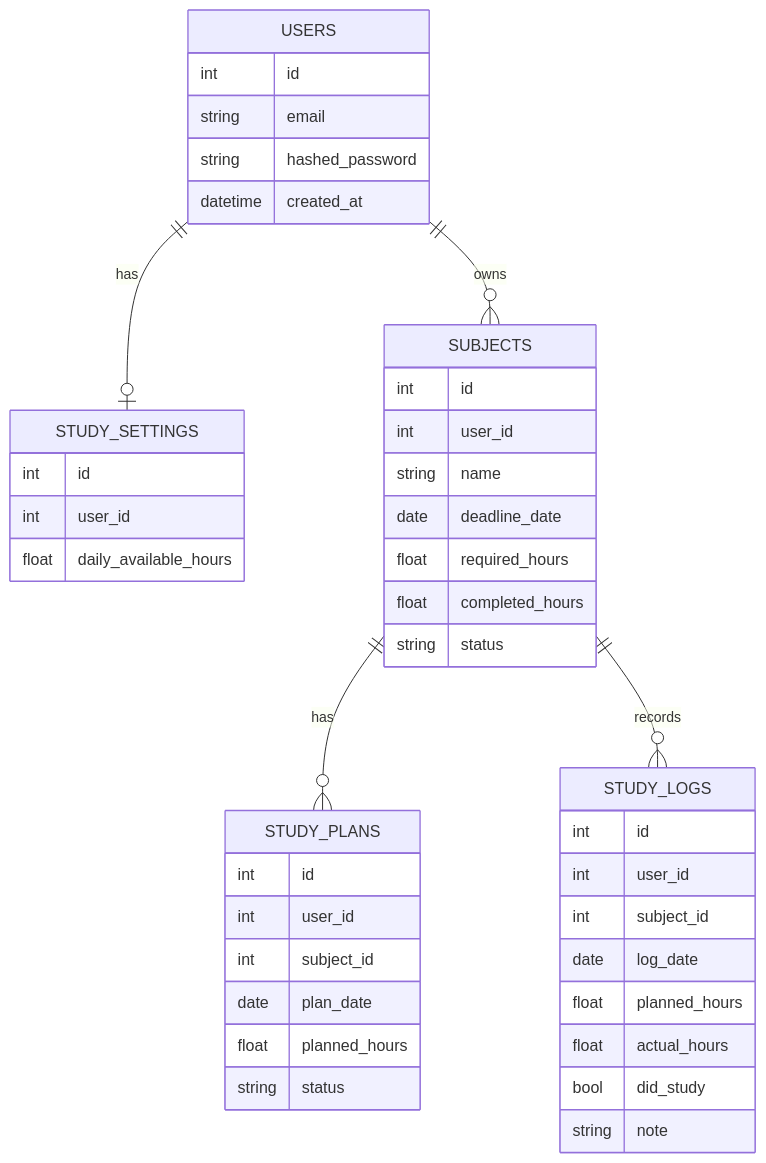
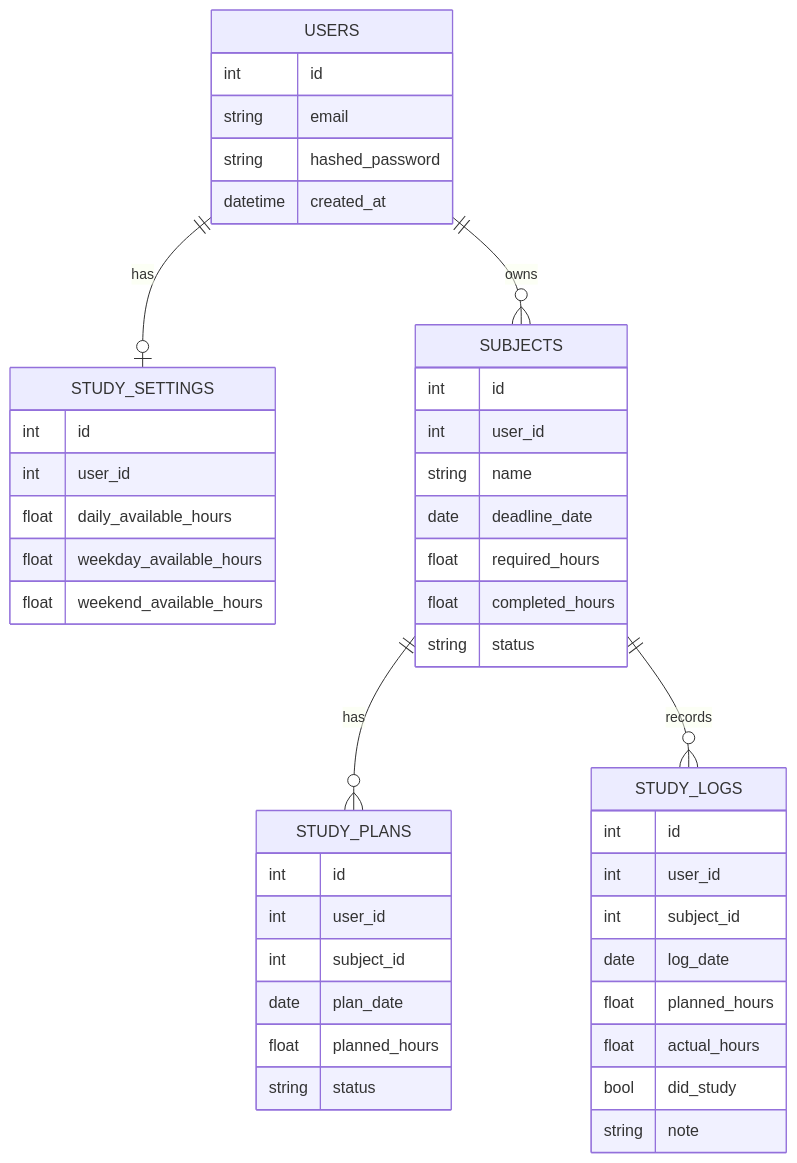
One commit to yuina368/ScheduleSystemAI changed the third of 3 diagrams in README.md. Above: the diagram before and after it, drawn with Mermaid. The commit also changed other lines of this file and 18 other files, not shown here.

````diff
--- a/README.md
+++ b/README.md
@@ -104,50 +105,52 @@
 ```mermaid
 erDiagram
   USERS ||--o| STUDY_SETTINGS : has
   USERS ||--o{ SUBJECTS : owns
   SUBJECTS ||--o{ STUDY_PLANS : has
   SUBJECTS ||--o{ STUDY_LOGS : records
 
   USERS {
     int id
     string email
     string hashed_password
     datetime created_at
   }
 
   STUDY_SETTINGS {
     int id
     int user_id
     float daily_available_hours
+    float weekday_available_hours
+    float weekend_available_hours
   }
 
   SUBJECTS {
     int id
     int user_id
     string name
     date deadline_date
     float required_hours
     float completed_hours
     string status
   }
 
   STUDY_PLANS {
     int id
     int user_id
     int subject_id
     date plan_date
     float planned_hours
     string status
   }
 
   STUDY_LOGS {
     int id
     int user_id
     int subject_id
     date log_date
     float planned_hours
     float actual_hours
     bool did_study
     string note
   }
 ```
````
